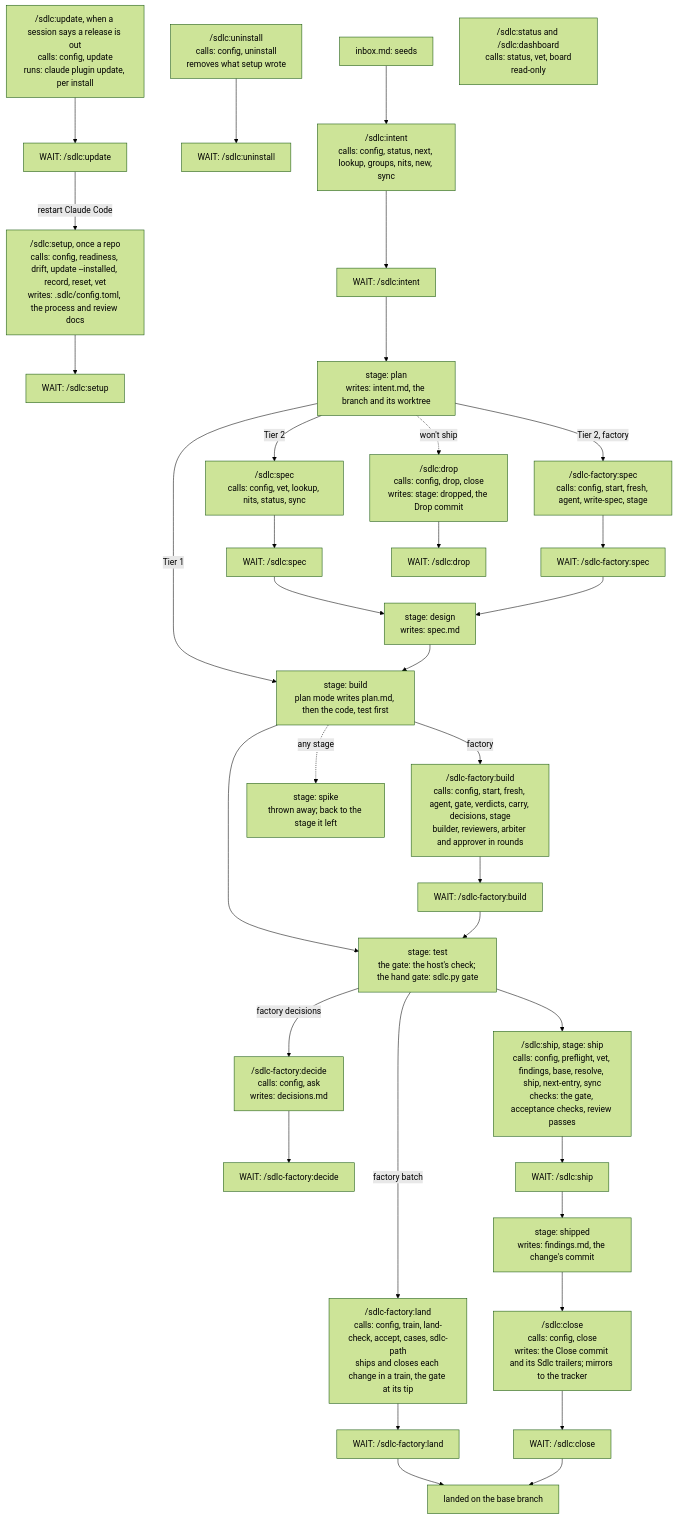
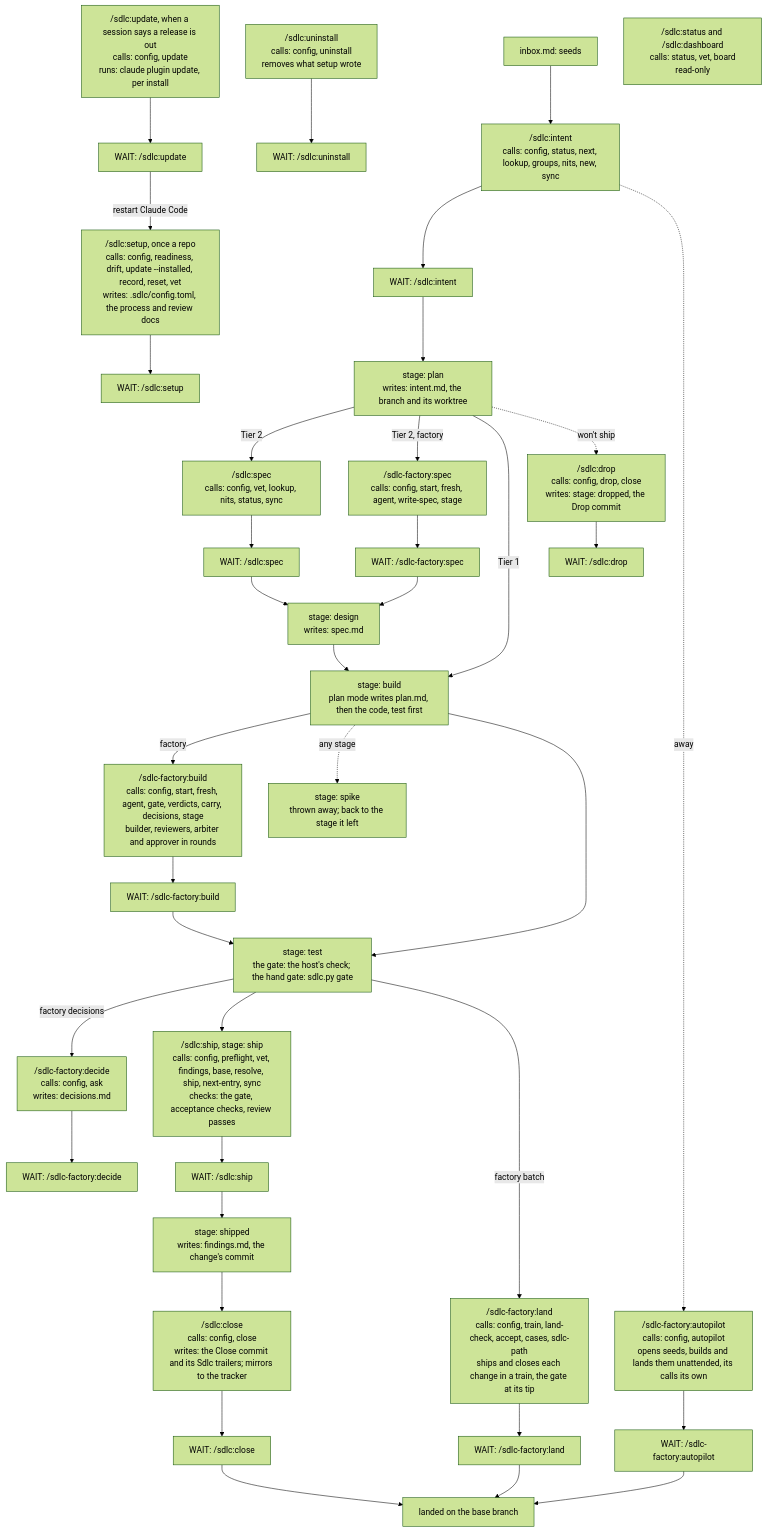
Before and after one commit to faeldon/sdlc: the first of 3 diagrams in docs/PROCESS.md, drawn with Mermaid (forest theme). The commit also changed 92 other files, not shown here.

First line of the commit message:
Autopilot: the factory runs from seed to landing while the person is away

````diff
--- a/docs/PROCESS.md
+++ b/docs/PROCESS.md
@@ -17,39 +17,42 @@
 ```mermaid
 flowchart TD
   update["/sdlc:update, when a session says a release is out<br/>calls: config, update<br/>runs: claude plugin update, per install"] --> wupdate["WAIT: /sdlc:update"]
   wupdate -->|restart Claude Code| setup
   setup["/sdlc:setup, once a repo<br/>calls: config, readiness, drift, update --installed, record, reset, vet<br/>writes: .sdlc/config.toml, the process and review docs"]
   setup --> wsetup["WAIT: /sdlc:setup"]
   uninstall["/sdlc:uninstall<br/>calls: config, uninstall<br/>removes what setup wrote"] --> wuninstall["WAIT: /sdlc:uninstall"]
   seeds["inbox.md: seeds"] --> intent
   intent["/sdlc:intent<br/>calls: config, status, next, lookup, groups, nits, new, sync"]
   intent --> wintent["WAIT: /sdlc:intent"]
   wintent --> plan["stage: plan<br/>writes: intent.md, the branch and its worktree"]
   plan -->|Tier 2| spec["/sdlc:spec<br/>calls: config, vet, lookup, nits, status, sync"]
   plan -->|Tier 2, factory| fspec["/sdlc-factory:spec<br/>calls: config, start, fresh, agent, write-spec, stage"]
   spec --> wspec["WAIT: /sdlc:spec"]
   fspec --> wfspec["WAIT: /sdlc-factory:spec"]
   wspec --> design["stage: design<br/>writes: spec.md"]
   wfspec --> design
   plan -->|Tier 1| build
   design --> build["stage: build<br/>plan mode writes plan.md, then the code, test first"]
   build -->|factory| fbuild["/sdlc-factory:build<br/>calls: config, start, fresh, agent, gate, verdicts, carry, decisions, stage<br/>builder, reviewers, arbiter and approver in rounds"]
   fbuild --> wfbuild["WAIT: /sdlc-factory:build"]
   build -.->|any stage| spike["stage: spike<br/>thrown away; back to the stage it left"]
   build --> test["stage: test<br/>the gate: the host's check; the hand gate: sdlc.py gate"]
   wfbuild --> test
   test -->|factory decisions| decide["/sdlc-factory:decide<br/>calls: config, ask<br/>writes: decisions.md"]
   decide --> wdecide["WAIT: /sdlc-factory:decide"]
   test --> ship["/sdlc:ship, stage: ship<br/>calls: config, preflight, vet, findings, base, resolve, ship, next-entry, sync<br/>checks: the gate, acceptance checks, review passes"]
   ship --> wship["WAIT: /sdlc:ship"]
   wship --> shipped["stage: shipped<br/>writes: findings.md, the change's commit"]
   test -->|factory batch| land["/sdlc-factory:land<br/>calls: config, train, land-check, accept, cases, sdlc-path<br/>ships and closes each change in a train, the gate at its tip"]
   land --> wland["WAIT: /sdlc-factory:land"]
   shipped --> close["/sdlc:close<br/>calls: config, close<br/>writes: the Close commit and its Sdlc trailers; mirrors to the tracker"]
   close --> wclose["WAIT: /sdlc:close"]
   wland --> landed["landed on the base branch"]
+  intent -.->|away| autopilot["/sdlc-factory:autopilot<br/>calls: config, autopilot<br/>opens seeds, builds and lands them unattended, its calls its own"]
+  autopilot --> wautopilot["WAIT: /sdlc-factory:autopilot"]
+  wautopilot --> landed
   wclose --> landed
   plan -.->|won't ship| drop["/sdlc:drop<br/>calls: config, drop, close<br/>writes: stage: dropped, the Drop commit"]
   drop --> wdrop["WAIT: /sdlc:drop"]
   status["/sdlc:status and /sdlc:dashboard<br/>calls: status, vet, board<br/>read-only"]
 ```
````
